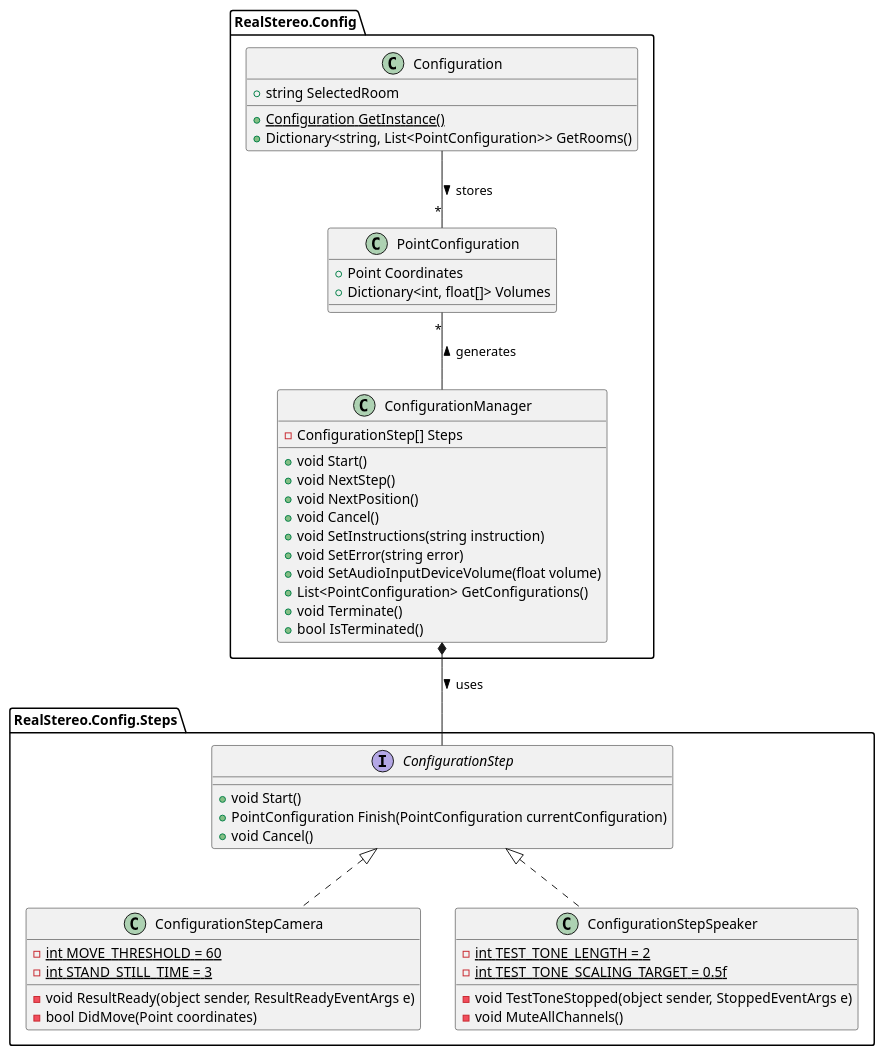
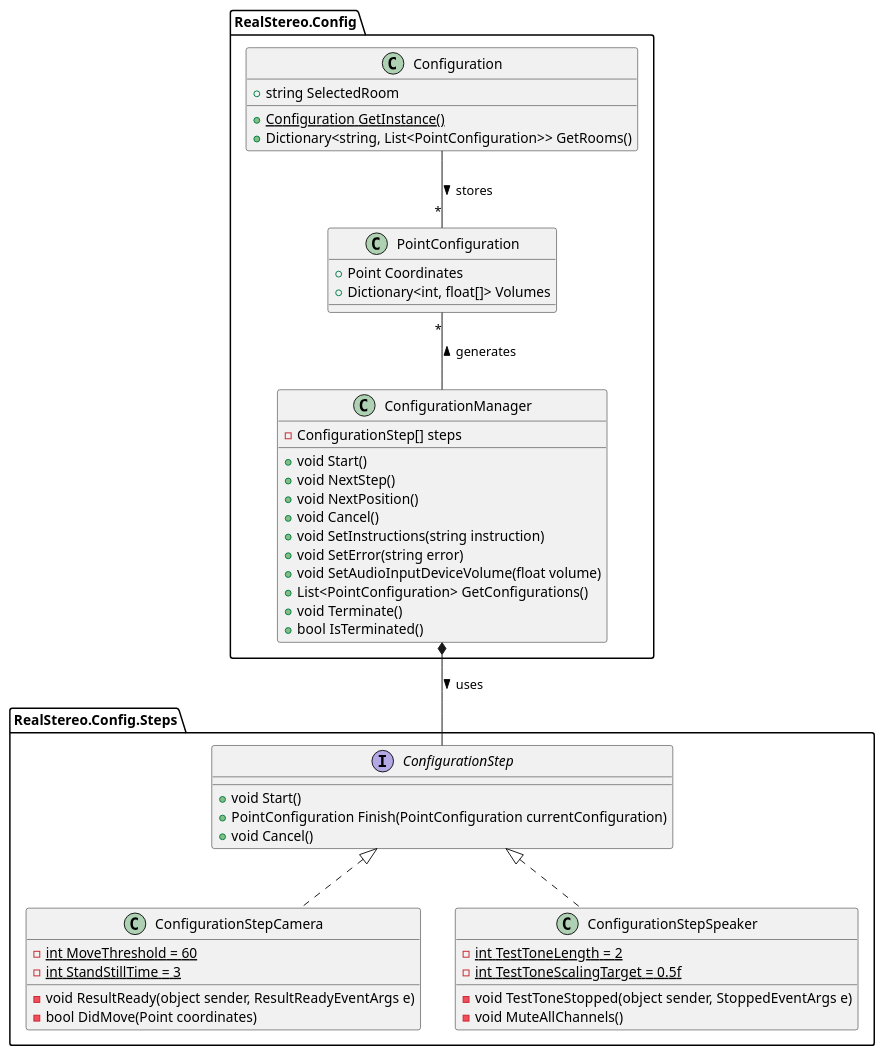
The diagram in diagrams/configuration.plantuml (cyrilwanner/real-stereo), drawn with PlantUML before and after one commit. The commit also changed 1 other file, not shown here.

Commit message:
Update class diagrams

```diff
--- a/diagrams/configuration.plantuml
+++ b/diagrams/configuration.plantuml
@@ -1,60 +1,60 @@
 @startuml ClassDiagram
 skinparam defaultTextAlignment center
 skinparam nodesep 0
 allowmixing
 
 
 package "RealStereo.Config" as Config {
   class Configuration {
     + string SelectedRoom
     + {static} Configuration GetInstance()
     + Dictionary<string, List<PointConfiguration>> GetRooms()
   }
 
   class ConfigurationManager {
-    - ConfigurationStep[] Steps
+    - ConfigurationStep[] steps
     + void Start()
     + void NextStep()
     + void NextPosition()
     + void Cancel()
     + void SetInstructions(string instruction)
     + void SetError(string error)
     + void SetAudioInputDeviceVolume(float volume)
     + List<PointConfiguration> GetConfigurations()
     + void Terminate()
     + bool IsTerminated()
   }
 
   class PointConfiguration {
     + Point Coordinates
     + Dictionary<int, float[]> Volumes
   }
 }
 
 package "RealStereo.Config.Steps" as Steps {
   interface ConfigurationStep {
     + void Start()
     + PointConfiguration Finish(PointConfiguration currentConfiguration)
     + void Cancel()
   }
 
   class ConfigurationStepCamera implements ConfigurationStep {
-    - {static} int MOVE_THRESHOLD = 60
-    - {static} int STAND_STILL_TIME = 3
+    - {static} int MoveThreshold = 60
+    - {static} int StandStillTime = 3
     - void ResultReady(object sender, ResultReadyEventArgs e)
     - bool DidMove(Point coordinates)
   }
 
   class ConfigurationStepSpeaker implements ConfigurationStep {
-    - {static} int TEST_TONE_LENGTH = 2
-    - {static} int TEST_TONE_SCALING_TARGET = 0.5f
+    - {static} int TestToneLength = 2
+    - {static} int TestToneScalingTarget = 0.5f
     - void TestToneStopped(object sender, StoppedEventArgs e)
     - void MuteAllChannels()
   }
 }
 
 ConfigurationManager *-- ConfigurationStep: uses >
 PointConfiguration "*" -- ConfigurationManager: generates <
 Configuration -- "*" PointConfiguration: stores >
 
 @enduml
```
